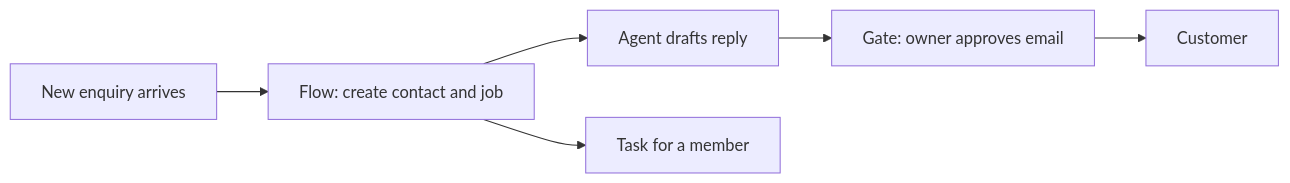
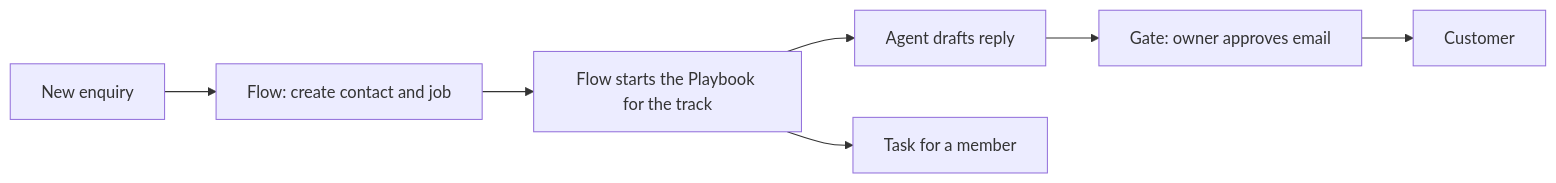
The diagram in docs/for-agents/MAP-YOUR-BUSINESS.md (vyre-ai/vyre), drawn with Mermaid before and after one commit. The commit also changed other lines of this file and 23 other files, not shown here.

````diff
--- a/docs/for-agents/MAP-YOUR-BUSINESS.md
+++ b/docs/for-agents/MAP-YOUR-BUSINESS.md
@@ -135,8 +169,9 @@
 ```mermaid
 flowchart LR
-  A[New enquiry arrives] --> B[Flow: create contact and job]
-  B --> C[Agent drafts reply]
-  C --> D[Gate: owner approves email]
-  D --> E[Customer]
-  B --> F[Task for a member]
+  A[New enquiry] --> B[Flow: create contact and job]
+  B --> C[Flow starts the Playbook for the track]
+  C --> D[Agent drafts reply]
+  D --> E[Gate: owner approves email]
+  E --> F[Customer]
+  C --> G[Task for a member]
 ```
````
